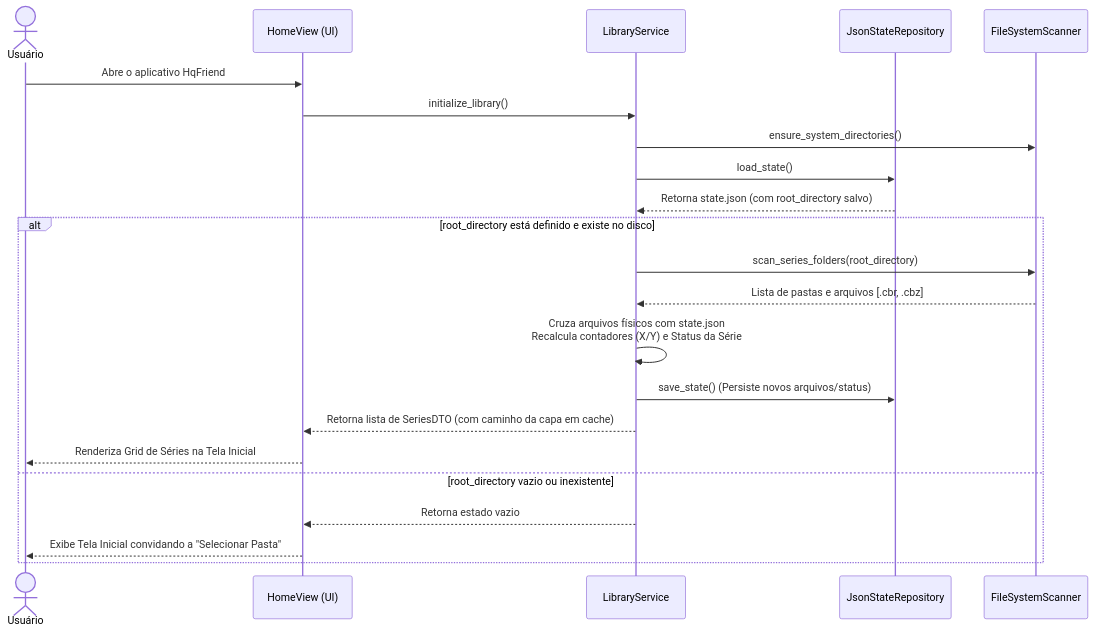
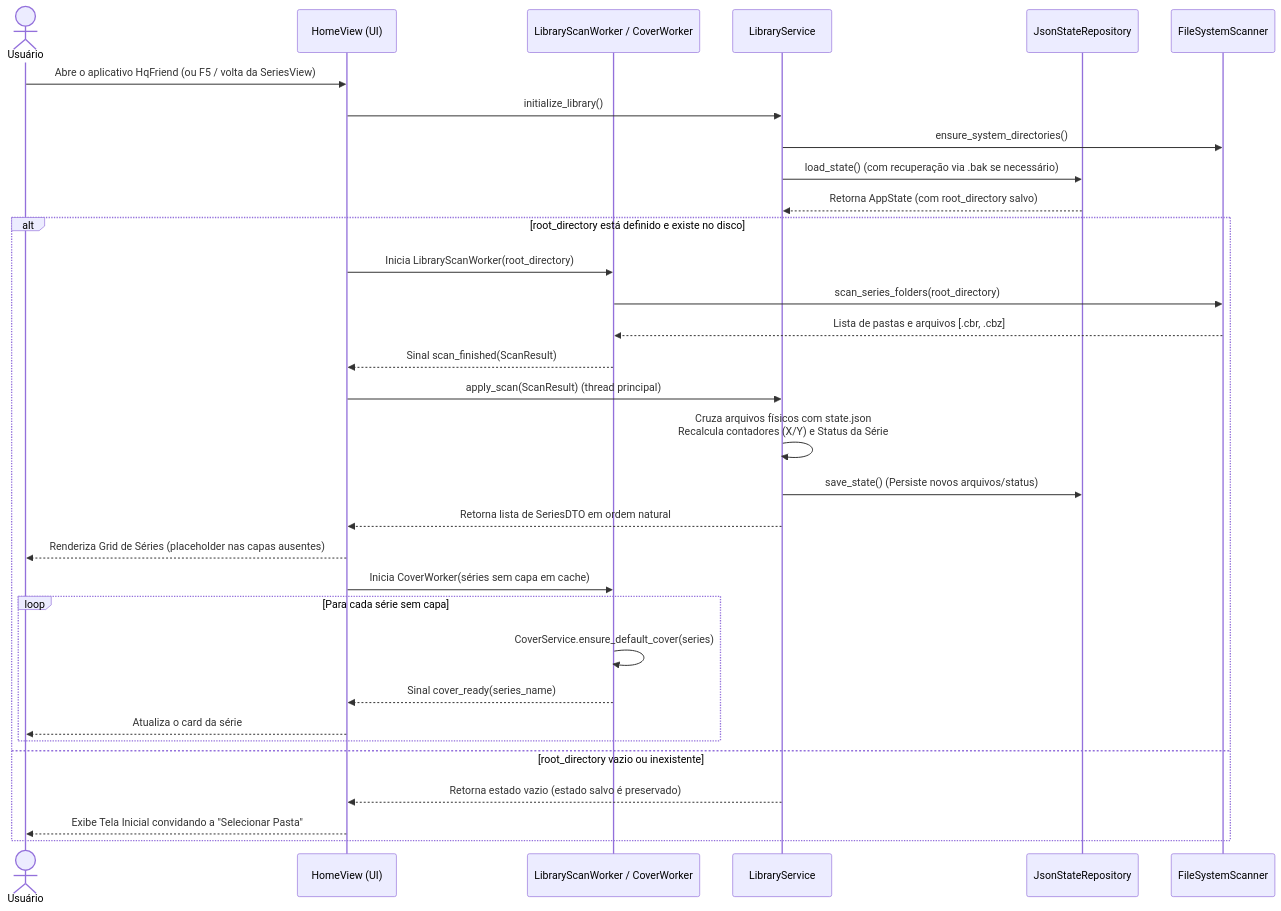
The second of 4 diagrams in docs/PLANO_ARQUITETURA.md (Pedrohcs/HqFriend), drawn with Mermaid before and after one commit. The commit also changed other lines of this file and 4 other files, not shown here.

````diff
--- a/docs/PLANO_ARQUITETURA.md
+++ b/docs/PLANO_ARQUITETURA.md
@@ -152,26 +181,36 @@
 ```mermaid
 sequenceDiagram
     actor User as Usuário
     participant UI as HomeView (UI)
+    participant W as LibraryScanWorker / CoverWorker
     participant Lib as LibraryService
     participant Repo as JsonStateRepository
     participant FS as FileSystemScanner
 
-    User->>UI: Abre o aplicativo HqFriend
+    User->>UI: Abre o aplicativo HqFriend (ou F5 / volta da SeriesView)
     UI->>Lib: initialize_library()
     Lib->>FS: ensure_system_directories()
-    Lib->>Repo: load_state()
-    Repo-->>Lib: Retorna state.json (com root_directory salvo)
-    
+    Lib->>Repo: load_state() (com recuperação via .bak se necessário)
+    Repo-->>Lib: Retorna AppState (com root_directory salvo)
+
     alt root_directory está definido e existe no disco
-        Lib->>FS: scan_series_folders(root_directory)
-        FS-->>Lib: Lista de pastas e arquivos [.cbr, .cbz]
+        UI->>W: Inicia LibraryScanWorker(root_directory)
+        W->>FS: scan_series_folders(root_directory)
+        FS-->>W: Lista de pastas e arquivos [.cbr, .cbz]
+        W-->>UI: Sinal scan_finished(ScanResult)
+        UI->>Lib: apply_scan(ScanResult) (thread principal)
         Lib->>Lib: Cruza arquivos físicos com state.json<br/>Recalcula contadores (X/Y) e Status da Série
         Lib->>Repo: save_state() (Persiste novos arquivos/status)
-        Lib-->>UI: Retorna lista de SeriesDTO (com caminho da capa em cache)
-        UI-->>User: Renderiza Grid de Séries na Tela Inicial
+        Lib-->>UI: Retorna lista de SeriesDTO em ordem natural
+        UI-->>User: Renderiza Grid de Séries (placeholder nas capas ausentes)
+        UI->>W: Inicia CoverWorker(séries sem capa em cache)
+        loop Para cada série sem capa
+            W->>W: CoverService.ensure_default_cover(series)
+            W-->>UI: Sinal cover_ready(series_name)
+            UI-->>User: Atualiza o card da série
+        end
     else root_directory vazio ou inexistente
-        Lib-->>UI: Retorna estado vazio
+        Lib-->>UI: Retorna estado vazio (estado salvo é preservado)
         UI-->>User: Exibe Tela Inicial convidando a "Selecionar Pasta"
     end
 ```
````
